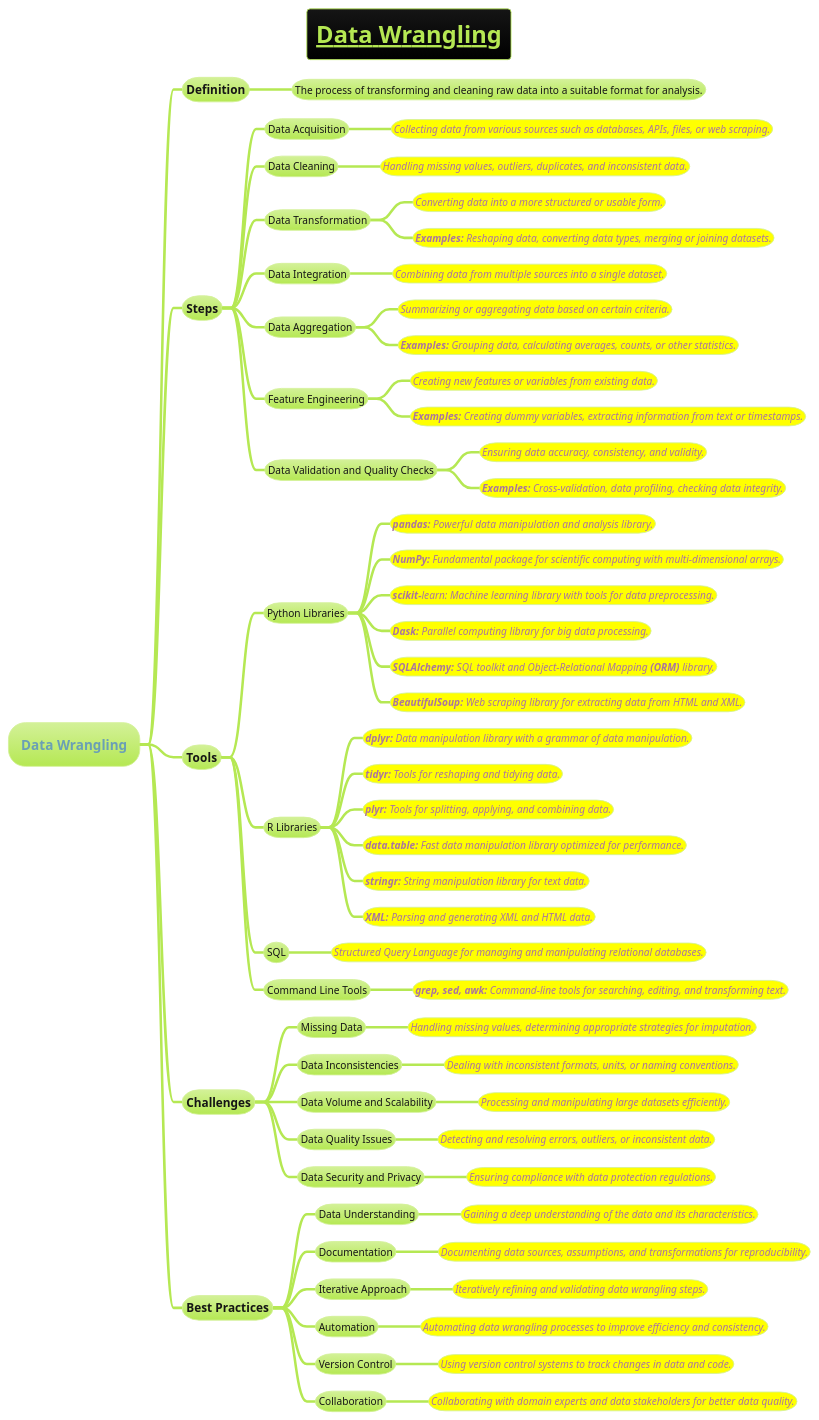
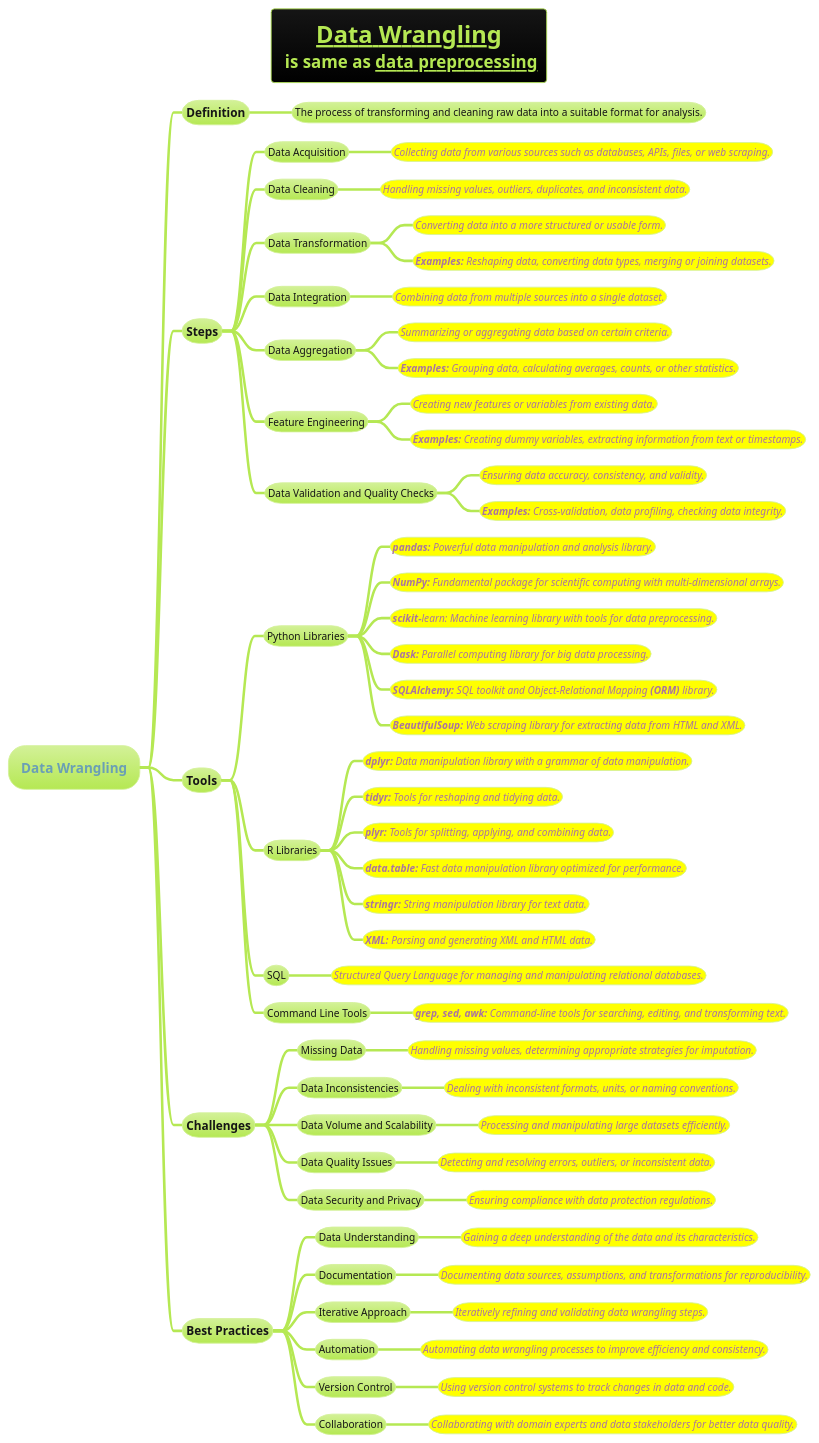
One commit to MehmoodHashmi/Documentation-as-Code-DaC changed the diagram in docs/AI-ML- DL-Data-Science-and-BigData/data-science/data-engineering/data-preprocessing-(or-wrangling)/Data-Wrangling-(or-preprocessing).puml. Above: the diagram before and after it, drawn with PlantUML. The commit also changed 2 other files, not shown here.

```diff
--- a/docs/AI-ML- DL-Data-Science-and-BigData/data-science/data-engineering/data-preprocessing-(or-wrangling)/Data-Wrangling-(or-preprocessing).puml
+++ b/docs/AI-ML- DL-Data-Science-and-BigData/data-science/data-engineering/data-preprocessing-(or-wrangling)/Data-Wrangling-(or-preprocessing).puml
@@ -1,98 +1,98 @@
 @startmindmap
-title =__Data Wrangling__
+title =__Data Wrangling__\n is same as __data preprocessing__
 !theme hacker
 
 * Data Wrangling
 
 ** Definition
 *** The process of transforming and cleaning raw data into a suitable format for analysis.
 
 ** Steps
 
 *** Data Acquisition
 ****[#yellow] ====<size:12>Collecting data from various sources such as databases, APIs, files, or web scraping.
 
 *** Data Cleaning
 ****[#yellow] ====<size:12>Handling missing values, outliers, duplicates, and inconsistent data.
 
 *** Data Transformation
 ****[#yellow] ====<size:12>Converting data into a more structured or usable form.
 ****[#yellow] ====<size:12>**Examples:** Reshaping data, converting data types, merging or joining datasets.
 
 *** Data Integration
 ****[#yellow] ====<size:12>Combining data from multiple sources into a single dataset.
 
 *** Data Aggregation
 ****[#yellow] ====<size:12>Summarizing or aggregating data based on certain criteria.
 ****[#yellow] ====<size:12>**Examples:** Grouping data, calculating averages, counts, or other statistics.
 
 *** Feature Engineering
 ****[#yellow] ====<size:12>Creating new features or variables from existing data.
 ****[#yellow] ====<size:12>**Examples:** Creating dummy variables, extracting information from text or timestamps.
 
 *** Data Validation and Quality Checks
 ****[#yellow] ====<size:12>Ensuring data accuracy, consistency, and validity.
 ****[#yellow] ====<size:12>**Examples:** Cross-validation, data profiling, checking data integrity.
 
 ** Tools
 
 *** Python Libraries
 ****[#yellow] ====<size:12>**pandas:** Powerful data manipulation and analysis library.
 ****[#yellow] ====<size:12>**NumPy:** Fundamental package for scientific computing with multi-dimensional arrays.
 ****[#yellow] ====<size:12>**scikit-**learn: Machine learning library with tools for data preprocessing.
 ****[#yellow] ====<size:12>**Dask:** Parallel computing library for big data processing.
 ****[#yellow] ====<size:12>**SQLAlchemy:** SQL toolkit and Object-Relational Mapping **(ORM)** library.
 ****[#yellow] ====<size:12>**BeautifulSoup:** Web scraping library for extracting data from HTML and XML.
 
 *** R Libraries
 ****[#yellow] ====<size:12>**dplyr:** Data manipulation library with a grammar of data manipulation.
 ****[#yellow] ====<size:12>**tidyr:** Tools for reshaping and tidying data.
 ****[#yellow] ====<size:12>**plyr:** Tools for splitting, applying, and combining data.
 ****[#yellow] ====<size:12>**data.table:** Fast data manipulation library optimized for performance.
 ****[#yellow] ====<size:12>**stringr:** String manipulation library for text data.
 ****[#yellow] ====<size:12>**XML:** Parsing and generating XML and HTML data.
 
 *** SQL
 ****[#yellow] ====<size:12>Structured Query Language for managing and manipulating relational databases.
 
 *** Command Line Tools
 ****[#yellow] ====<size:12>**grep, sed, awk:** Command-line tools for searching, editing, and transforming text.
 
 ** Challenges
 
 *** Missing Data
 ****[#yellow] ====<size:12>Handling missing values, determining appropriate strategies for imputation.
 
 *** Data Inconsistencies
 ****[#yellow] ====<size:12>Dealing with inconsistent formats, units, or naming conventions.
 
 *** Data Volume and Scalability
 ****[#yellow] ====<size:12>Processing and manipulating large datasets efficiently.
 
 *** Data Quality Issues
 ****[#yellow] ====<size:12>Detecting and resolving errors, outliers, or inconsistent data.
 
 *** Data Security and Privacy
 ****[#yellow] ====<size:12>Ensuring compliance with data protection regulations.
 
 ** Best Practices
 
 *** Data Understanding
 ****[#yellow] ====<size:12>Gaining a deep understanding of the data and its characteristics.
 
 *** Documentation
 ****[#yellow] ====<size:12>Documenting data sources, assumptions, and transformations for reproducibility.
 
 *** Iterative Approach
 ****[#yellow] ====<size:12>Iteratively refining and validating data wrangling steps.
 
 *** Automation
 ****[#yellow] ====<size:12>Automating data wrangling processes to improve efficiency and consistency.
 
 *** Version Control
 ****[#yellow] ====<size:12>Using version control systems to track changes in data and code.
 
 *** Collaboration
 ****[#yellow] ====<size:12>Collaborating with domain experts and data stakeholders for better data quality.
 
 @endmindmap
```
